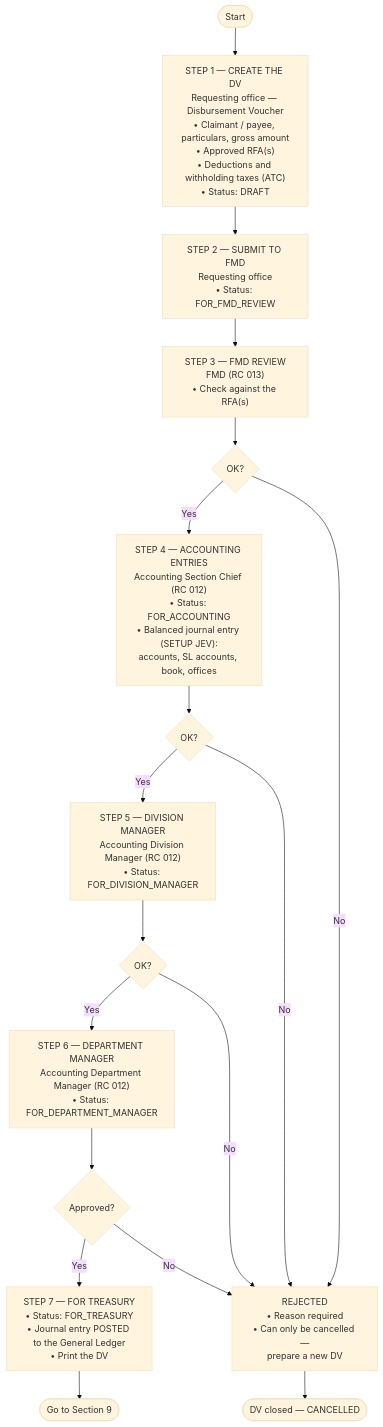
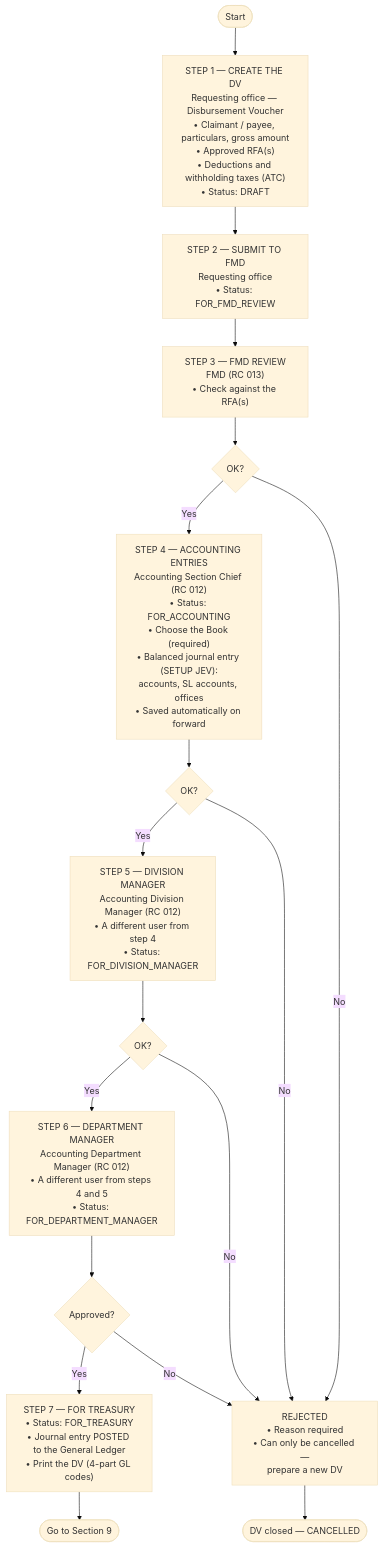
The ninth of 14 diagrams in system_docs/process-flow/PROCESS-FLOW.md (A-team-ITBS/fims-nha), drawn with Mermaid (base theme) before and after one commit. The commit also changed other lines of this file and 2 other files, not shown here.

First line of the commit message:
Update process flow documentation for clarity and accuracy

````diff
--- a/system_docs/process-flow/PROCESS-FLOW.md
+++ b/system_docs/process-flow/PROCESS-FLOW.md
@@ -323,20 +327,20 @@
 ```mermaid
 flowchart TD
     START(["Start"]) --> S1["STEP 1 — CREATE THE DV<br/>Requesting office — Disbursement Voucher<br/>• Claimant / payee, particulars, gross amount<br/>• Approved RFA(s)<br/>• Deductions and withholding taxes (ATC)<br/>• Status: DRAFT"]
     S1 --> S2["STEP 2 — SUBMIT TO FMD<br/>Requesting office<br/>• Status: FOR_FMD_REVIEW"]
     S2 --> S3["STEP 3 — FMD REVIEW<br/>FMD (RC 013)<br/>• Check against the RFA(s)"]
     S3 --> D1{"OK?"}
-    D1 -->|"Yes"| S4["STEP 4 — ACCOUNTING ENTRIES<br/>Accounting Section Chief (RC 012)<br/>• Status: FOR_ACCOUNTING<br/>• Balanced journal entry (SETUP JEV):<br/>accounts, SL accounts, book, offices"]
+    D1 -->|"Yes"| S4["STEP 4 — ACCOUNTING ENTRIES<br/>Accounting Section Chief (RC 012)<br/>• Status: FOR_ACCOUNTING<br/>• Choose the Book (required)<br/>• Balanced journal entry (SETUP JEV):<br/>accounts, SL accounts, offices<br/>• Saved automatically on forward"]
     S4 --> D2{"OK?"}
-    D2 -->|"Yes"| S5["STEP 5 — DIVISION MANAGER<br/>Accounting Division Manager (RC 012)<br/>• Status: FOR_DIVISION_MANAGER"]
+    D2 -->|"Yes"| S5["STEP 5 — DIVISION MANAGER<br/>Accounting Division Manager (RC 012)<br/>• A different user from step 4<br/>• Status: FOR_DIVISION_MANAGER"]
     S5 --> D3{"OK?"}
-    D3 -->|"Yes"| S6["STEP 6 — DEPARTMENT MANAGER<br/>Accounting Department Manager (RC 012)<br/>• Status: FOR_DEPARTMENT_MANAGER"]
+    D3 -->|"Yes"| S6["STEP 6 — DEPARTMENT MANAGER<br/>Accounting Department Manager (RC 012)<br/>• A different user from steps 4 and 5<br/>• Status: FOR_DEPARTMENT_MANAGER"]
     S6 --> D4{"Approved?"}
-    D4 -->|"Yes"| S7["STEP 7 — FOR TREASURY<br/>• Status: FOR_TREASURY<br/>• Journal entry POSTED to the General Ledger<br/>• Print the DV"]
+    D4 -->|"Yes"| S7["STEP 7 — FOR TREASURY<br/>• Status: FOR_TREASURY<br/>• Journal entry POSTED to the General Ledger<br/>• Print the DV (4-part GL codes)"]
     S7 --> END(["Go to Section 9"])
     D1 -->|"No"| X["REJECTED<br/>• Reason required<br/>• Can only be cancelled —<br/>prepare a new DV"]
     D2 -->|"No"| X
     D3 -->|"No"| X
     D4 -->|"No"| X
     X --> XE(["DV closed — CANCELLED"])
 ```
````
